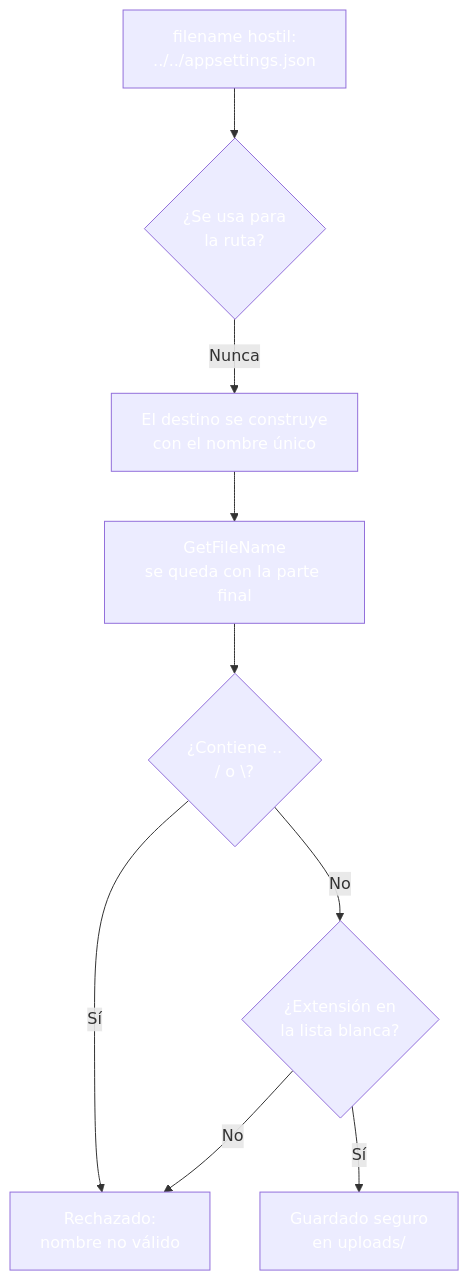
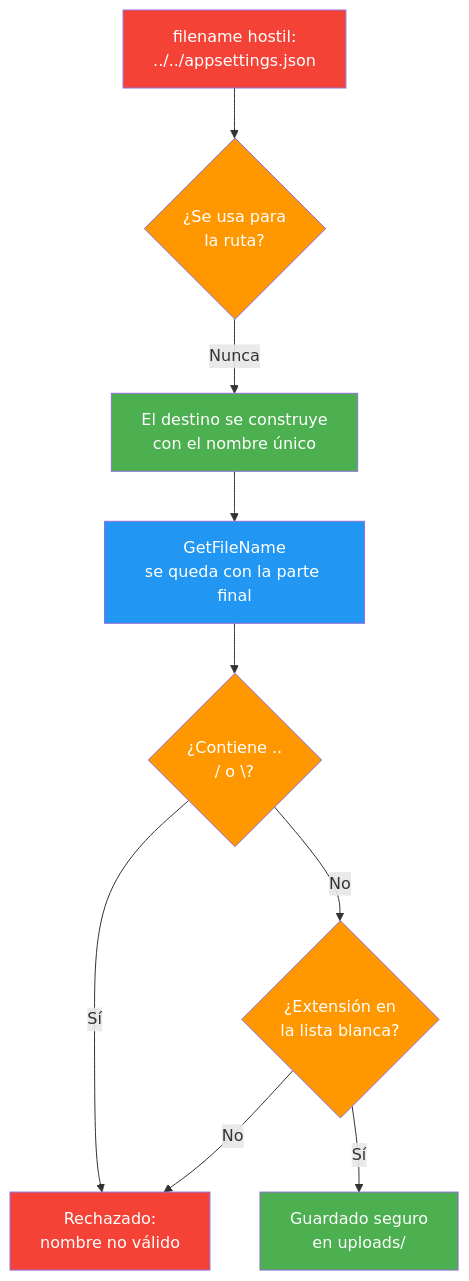
One commit to joseluisgs/DesarrolloWebEntornosServidor-03-2026-2027 changed the second of 2 diagrams in 16-ficheros-almacenamiento.md. Above: the diagram before and after it, drawn with Mermaid. The commit also changed other lines of this file and 25 other files, not shown here.

Commit message:
docs: corregir los estilos Mermaid de los temas y alinear el dominio del tema 25 con ProductosApp

````diff
--- a/16-ficheros-almacenamiento.md
+++ b/16-ficheros-almacenamiento.md
@@ -236,19 +236,19 @@
 ```mermaid
 graph TD
     A["filename hostil:<br/>../../appsettings.json"] --> B{"¿Se usa para<br/>la ruta?"}
     B -->|"Nunca"| C["El destino se construye<br/>con el nombre único"]
     C --> D["GetFileName<br/>se queda con la parte final"]
     D --> E{"¿Contiene ..<br/>/ o \?"}
     E -->|Sí| F["Rechazado:<br/>nombre no válido"]
     E -->|No| G{"¿Extensión en<br/>la lista blanca?"}
     G -->|No| F
     G -->|Sí| H["Guardado seguro<br/>en uploads/"]
-    style A fill:#f4433,color:#fff6,color:#fff
-    style B fill:#FF980,color:#fff0,color:#fff
-    style C fill:#4CAF5,color:#fff0,color:#fff
-    style D fill:#2196F,color:#fff3,color:#fff
-    style E fill:#FF980,color:#fff0,color:#fff
-    style F fill:#f4433,color:#fff6,color:#fff
-    style G fill:#FF980,color:#fff0,color:#fff
-    style H fill:#4CAF5,color:#fff0,color:#fff
+    style A fill:#f44336,color:#fff
+    style B fill:#FF9800,color:#fff
+    style C fill:#4CAF50,color:#fff
+    style D fill:#2196F3,color:#fff
+    style E fill:#FF9800,color:#fff
+    style F fill:#f44336,color:#fff
+    style G fill:#FF9800,color:#fff
+    style H fill:#4CAF50,color:#fff
 ```
````
